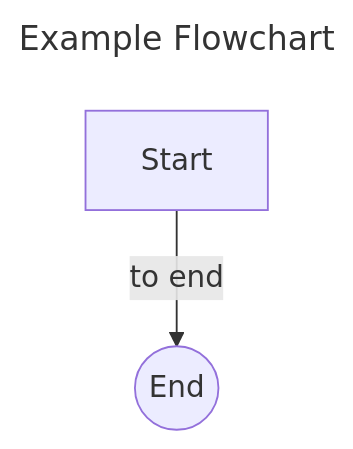
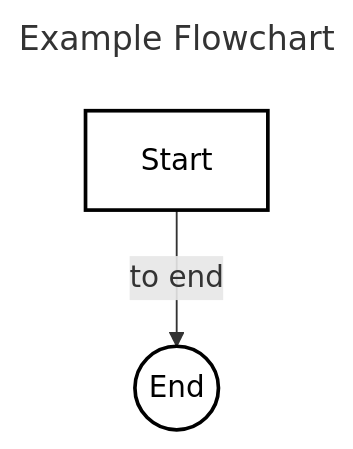
The first of 2 diagrams in README.md (blakeaw/mergram), drawn with Mermaid before and after one commit. The commit also changed other lines of this file and 3 other files, not shown here.

````diff
--- a/README.md
+++ b/README.md
@@ -67,9 +69,11 @@
 ```mermaid
 ---
  title: Example Flowchart
 ---
 flowchart TB
-    A@{ shape: rect, label: Start, fill: #fff, stroke: #000, stroke-width: 4px }
-    B@{ shape: circle, label: End, fill: #fff, stroke: #000, stroke-width: 2px }
+    A@{ shape: rect, label: Start }
+    B@{ shape: circle, label: End }
     A-->|to end|B
+    style A fill:#fff, stroke:#000, stroke-width:2px, color:#000
+    style B fill:#fff, stroke:#000, stroke-width:2px, color:#000
 ```
````
